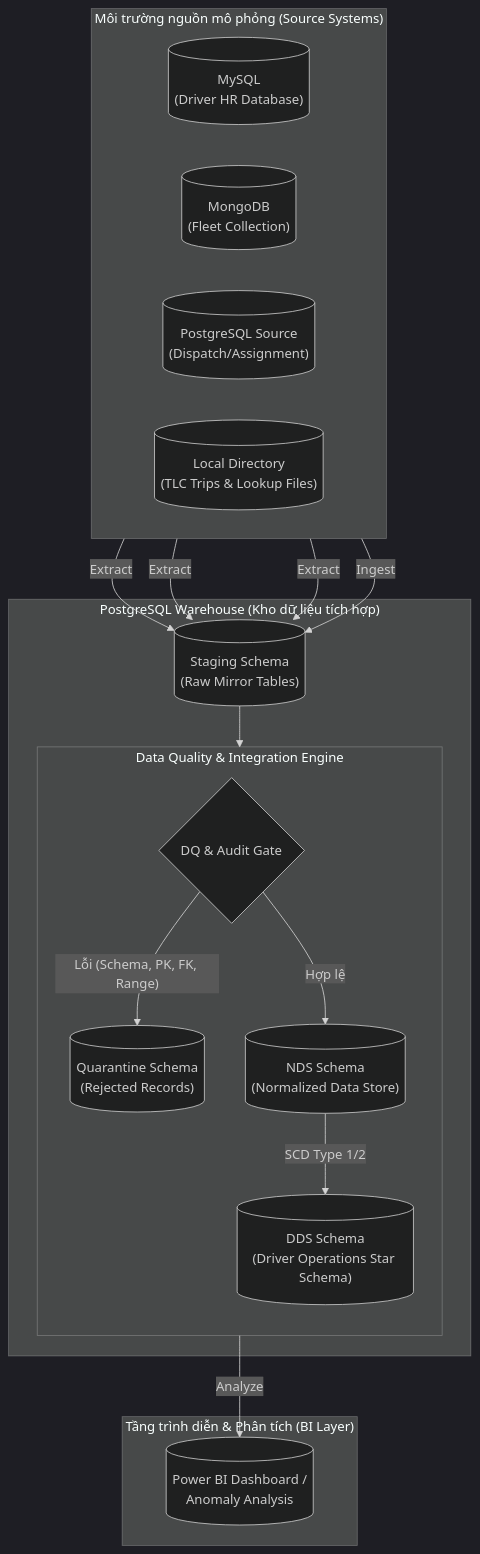
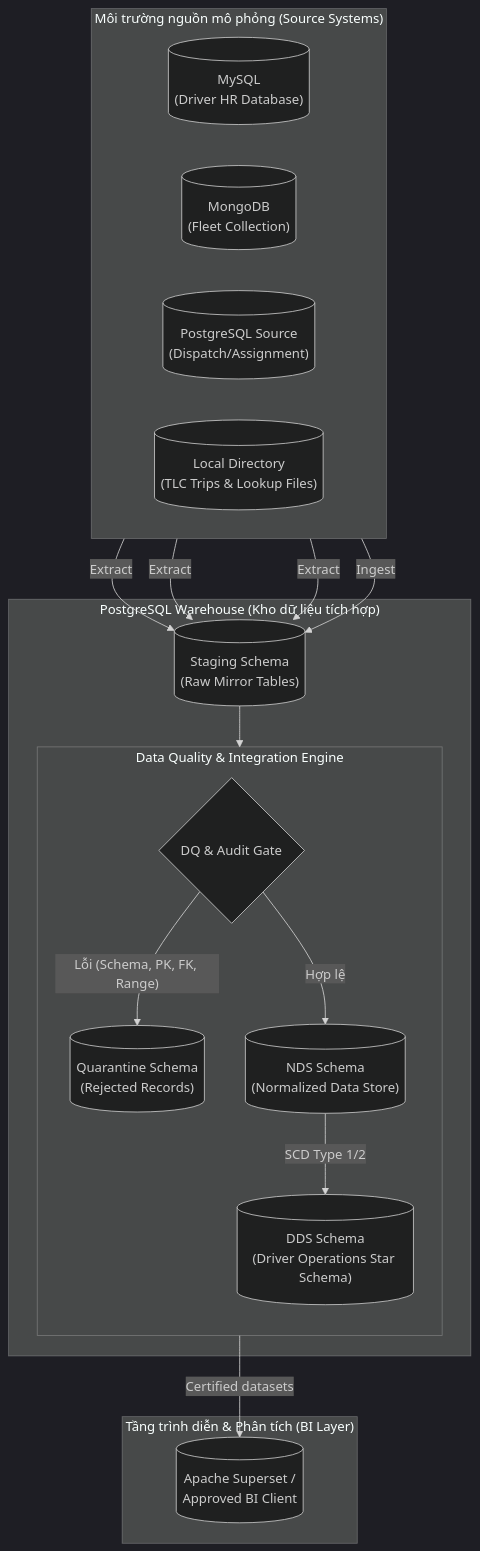
The first of 3 diagrams in diagrams/README.md (HuyVuCV1011/Green-taxi), drawn with Mermaid (dark theme) before and after one commit. The commit also changed other lines of this file and 24 other files, not shown here.

````diff
--- a/diagrams/README.md
+++ b/diagrams/README.md
@@ -24,37 +24,37 @@
 ```mermaid
 flowchart TD
     subgraph Sources["Môi trường nguồn mô phỏng (Source Systems)"]
         direction LR
         MySQL[("MySQL<br>(Driver HR Database)")]
         Mongo[("MongoDB<br>(Fleet Collection)")]
         PG_Src[("PostgreSQL Source<br>(Dispatch/Assignment)")]
         Files[("Local Directory<br>(TLC Trips & Lookup Files)")]
     end
 
     subgraph DWH["PostgreSQL Warehouse (Kho dữ liệu tích hợp)"]
         STG[("Staging Schema<br>(Raw Mirror Tables)")]
 
         subgraph Pipeline["Data Quality & Integration Engine"]
             direction TB
             DQ{"DQ & Audit Gate"}
             Q_Table[("Quarantine Schema<br>(Rejected Records)")]
             NDS[("NDS Schema<br>(Normalized Data Store)")]
             DDS[("DDS Schema<br>(Driver Operations Star Schema)")]
         end
     end
 
     subgraph Presentation["Tầng trình diễn & Phân tích (BI Layer)"]
-        PBI[("Power BI Dashboard /<br>Anomaly Analysis")]
+        BI[("Apache Superset /<br>Approved BI Client")]
     end
 
     MySQL -->|"Extract"| STG
     Mongo -->|"Extract"| STG
     PG_Src -->|"Extract"| STG
     Files -->|"Ingest"| STG
 
     STG --> DQ
     DQ -->|"Lỗi (Schema, PK, FK, Range)"| Q_Table
     DQ -->|"Hợp lệ"| NDS
     NDS -->|"SCD Type 1/2"| DDS
-    DDS -->|"Analyze"| PBI
+    DDS -->|"Certified datasets"| BI
 ```
````
